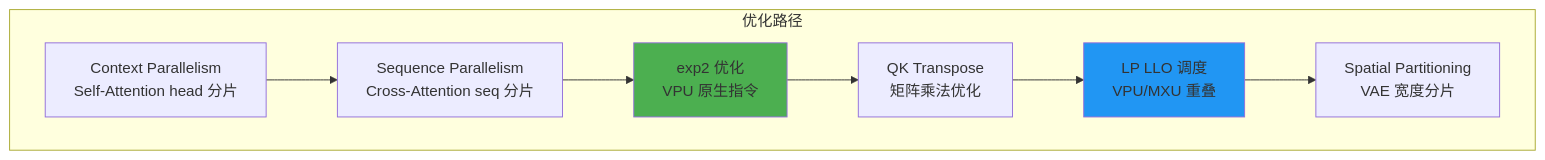
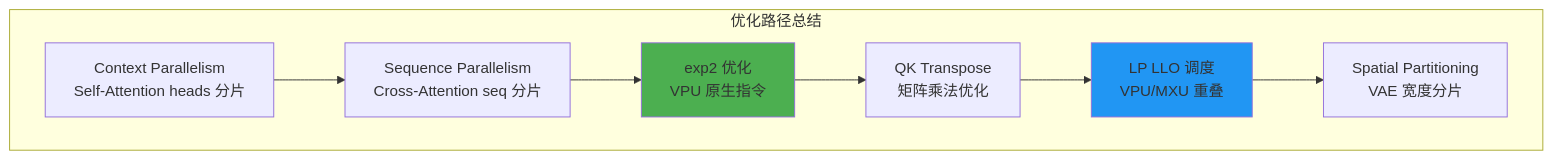
One commit to yangwhale/gpu-tpu-pedia changed diagram 13 of 13 in tpu/Wan2.2/wan_tpu_optimization_guide.md. Above: the diagram before and after it, drawn with Mermaid. The commit also changed other lines of this file, not shown here.

````diff
--- a/tpu/Wan2.2/wan_tpu_optimization_guide.md
+++ b/tpu/Wan2.2/wan_tpu_optimization_guide.md
@@ -2166,16 +1927,16 @@
 ```mermaid
 graph TB
-    subgraph "优化路径"
-        O1[Context Parallelism<br/>Self-Attention head 分片]
+    subgraph "优化路径总结"
+        O1[Context Parallelism<br/>Self-Attention heads 分片]
         O2[Sequence Parallelism<br/>Cross-Attention seq 分片]
         O3[exp2 优化<br/>VPU 原生指令]
         O4[QK Transpose<br/>矩阵乘法优化]
         O5[LP LLO 调度<br/>VPU/MXU 重叠]
         O6[Spatial Partitioning<br/>VAE 宽度分片]
     end
     
     O1 --> O2 --> O3 --> O4 --> O5 --> O6
     
     style O3 fill:#4caf50
     style O5 fill:#2196f3
 ```
````
